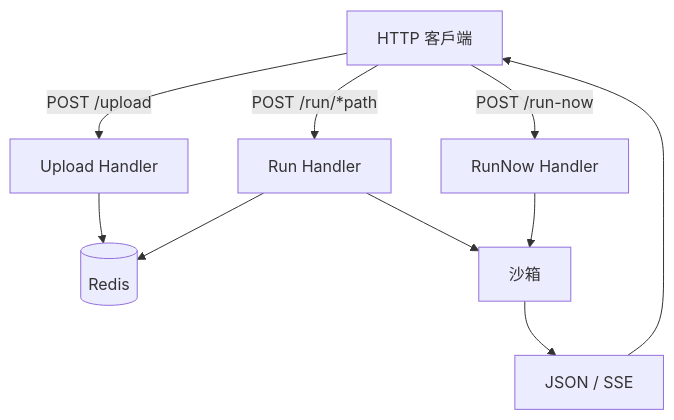
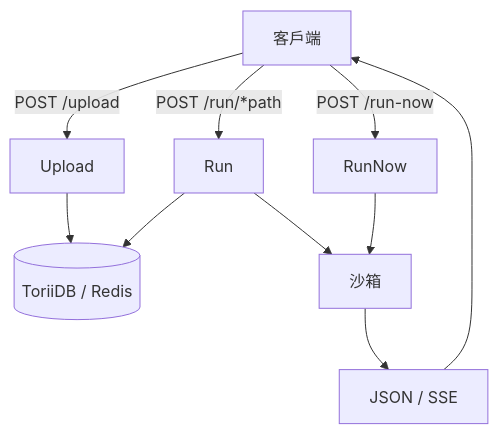
Before and after one commit to pardnchiu/HakoRun: the diagram in doc/README.zh.md, drawn with Mermaid. The commit also changed other lines of this file and 17 other files, not shown here.

````diff
--- a/doc/README.zh.md
+++ b/doc/README.zh.md
@@ -40,12 +42,12 @@
 ```mermaid
 graph TB
-    Client[HTTP 客戶端] -->|POST /upload| Upload[Upload Handler]
-    Client -->|POST /run/*path| Run[Run Handler]
-    Client -->|POST /run-now| RunNow[RunNow Handler]
-    Upload --> Redis[(Redis)]
-    Run --> Redis
+    Client[客戶端] -->|POST /upload| Upload[Upload]
+    Client -->|POST /run/*path| Run[Run]
+    Client -->|POST /run-now| RunNow[RunNow]
+    Upload --> Store[(ToriiDB / Redis)]
+    Run --> Store
     Run --> Sandbox[沙箱]
     RunNow --> Sandbox
-    Sandbox --> Response[JSON / SSE]
-    Response --> Client
+    Sandbox --> Out[JSON / SSE]
+    Out --> Client
 ```
````
